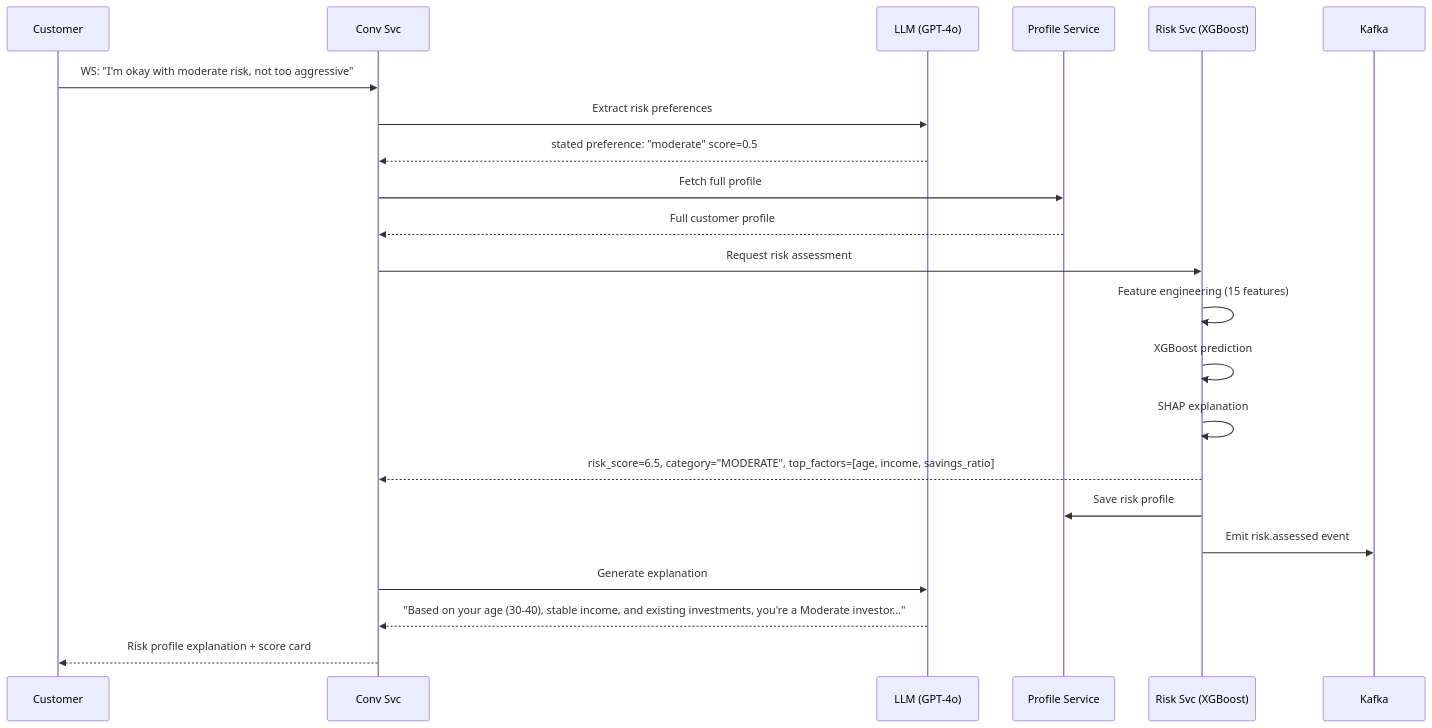
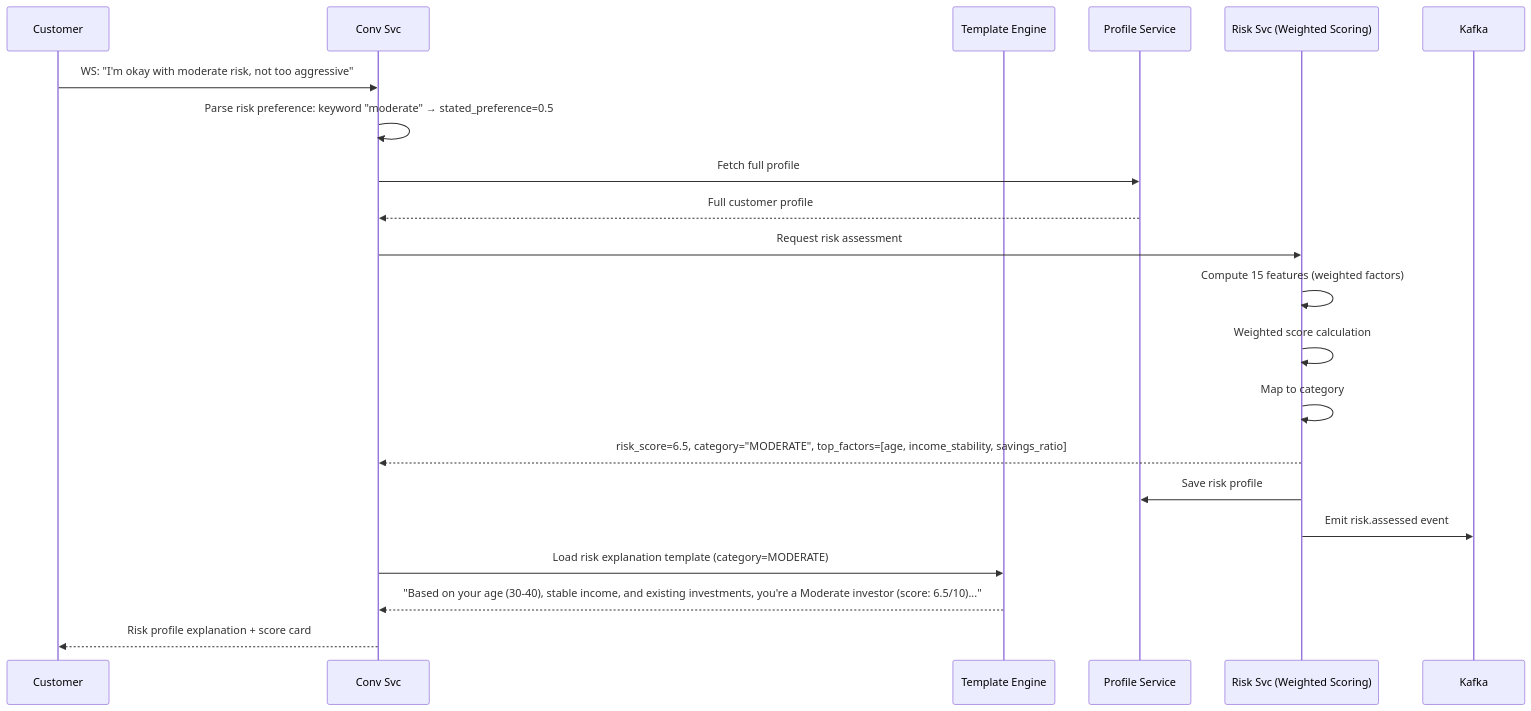
Before and after one commit to Cognition-Partner-Workshops/uc-framework-upgrade-monolith-to-microservices: the fifth of 20 diagrams in docs/design/05-sequence-diagrams.md, drawn with Mermaid. The commit also changed other lines of this file and 4 other files, not shown here.

````diff
--- a/docs/design/05-sequence-diagrams.md
+++ b/docs/design/05-sequence-diagrams.md
@@ -161,28 +159,27 @@
 ```mermaid
 sequenceDiagram
     participant C as Customer
     participant CS as Conv Svc
-    participant LLM as LLM (GPT-4o)
+    participant TE as Template Engine
     participant PS as Profile Service
-    participant RS as Risk Svc (XGBoost)
+    participant RS as Risk Svc (Weighted Scoring)
     participant K as Kafka
 
     C->>CS: WS: "I'm okay with moderate risk, not too aggressive"
-    CS->>LLM: Extract risk preferences
-    LLM-->>CS: stated preference: "moderate" score=0.5
+    CS->>CS: Parse risk preference: keyword "moderate" → stated_preference=0.5
     CS->>PS: Fetch full profile
     PS-->>CS: Full customer profile
     CS->>RS: Request risk assessment
 
-    RS->>RS: Feature engineering (15 features)
-    RS->>RS: XGBoost prediction
-    RS->>RS: SHAP explanation
-    RS-->>CS: risk_score=6.5, category="MODERATE", top_factors=[age, income, savings_ratio]
+    RS->>RS: Compute 15 features (weighted factors)
+    RS->>RS: Weighted score calculation
+    RS->>RS: Map to category
+    RS-->>CS: risk_score=6.5, category="MODERATE", top_factors=[age, income_stability, savings_ratio]
 
     RS->>PS: Save risk profile
     RS->>K: Emit risk.assessed event
 
-    CS->>LLM: Generate explanation
-    LLM-->>CS: "Based on your age (30-40), stable income, and existing investments, you're a Moderate investor..."
+    CS->>TE: Load risk explanation template (category=MODERATE)
+    TE-->>CS: "Based on your age (30-40), stable income, and existing investments, you're a Moderate investor (score: 6.5/10)..."
     CS-->>C: Risk profile explanation + score card
 ```
````
